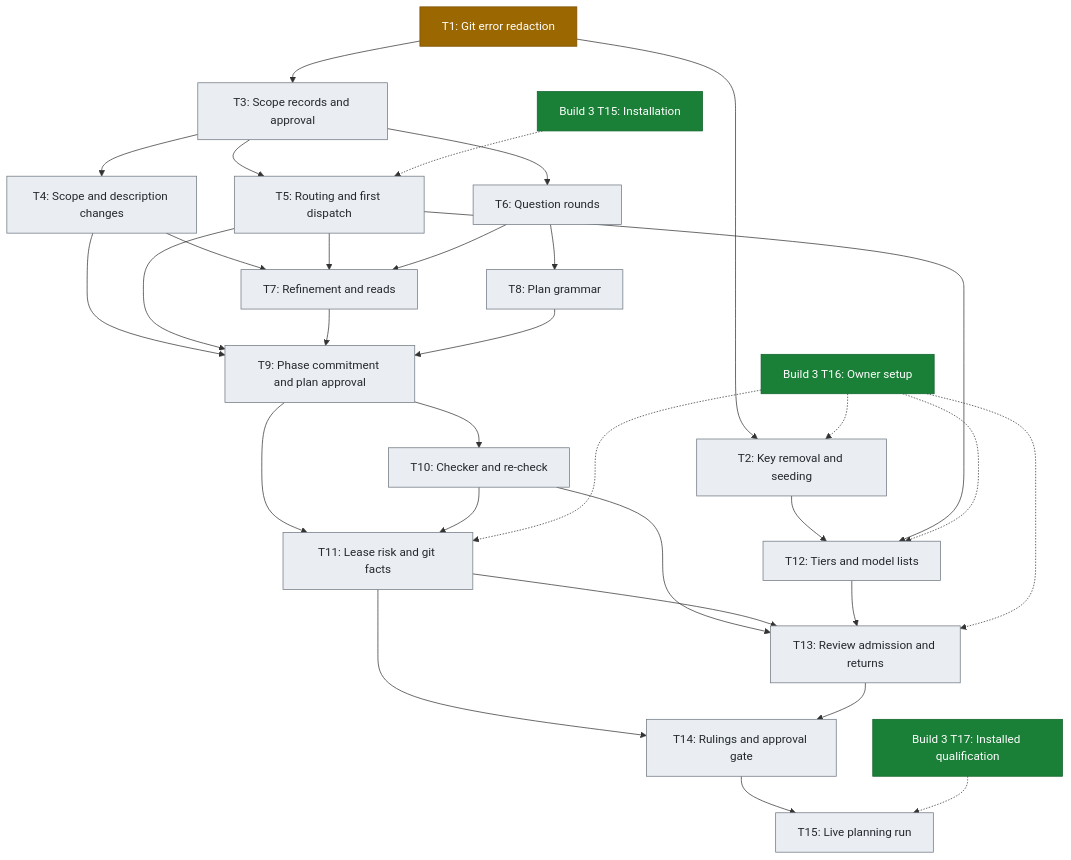
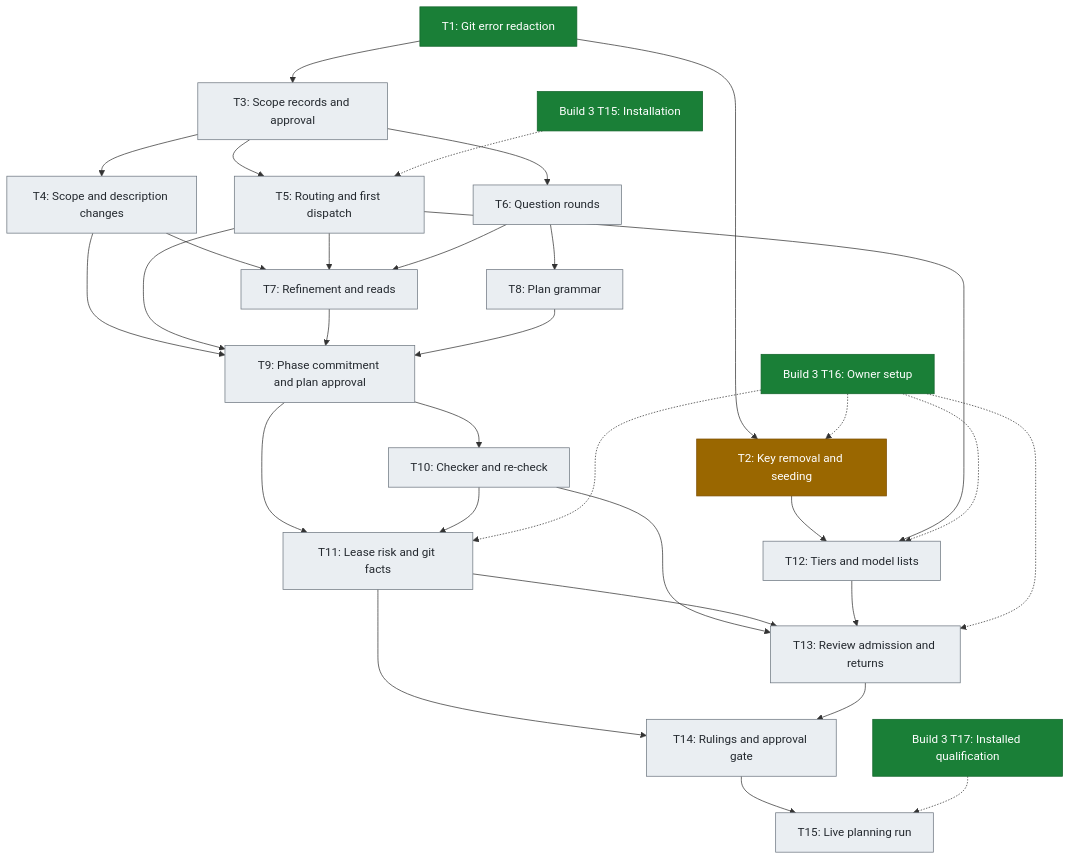
Before and after one commit to crenshawdev/baley: the fifth of 5 diagrams in docs/roadmap.md, drawn with Mermaid. The commit also changed other lines of this file, not shown here.

First line of the commit message:
docs(roadmap): show build 4 T1 merged and T2 removing the key paths

````diff
--- a/docs/roadmap.md
+++ b/docs/roadmap.md
@@ -268,59 +268,60 @@
 ```mermaid
 flowchart TD
     T1["T1: Git error redaction"]
     T2["T2: Key removal and seeding"]
     T3["T3: Scope records and approval"]
     T4["T4: Scope and description changes"]
     T5["T5: Routing and first dispatch"]
     T6["T6: Question rounds"]
     T7["T7: Refinement and reads"]
     T8["T8: Plan grammar"]
     T9["T9: Phase commitment and plan approval"]
     T10["T10: Checker and re-check"]
     T11["T11: Lease risk and git facts"]
     T12["T12: Tiers and model lists"]
     T13["T13: Review admission and returns"]
     T14["T14: Rulings and approval gate"]
     T15["T15: Live planning run"]
     B3T15["Build 3 T15: Installation"]
     B3T16["Build 3 T16: Owner setup"]
     B3T17["Build 3 T17: Installed qualification"]
 
     T1 --> T2
     T1 --> T3
     T3 --> T4
     T3 --> T5
     T3 --> T6
     T4 --> T7
     T5 --> T7
     T6 --> T7
     T6 --> T8
     T4 --> T9
     T5 --> T9
     T7 --> T9
     T8 --> T9
     T9 --> T10
     T9 --> T11
     T10 --> T11
     T2 --> T12
     T5 --> T12
     T10 --> T13
     T11 --> T13
     T12 --> T13
     T11 --> T14
     T13 --> T14
     T14 --> T15
     B3T15 -.-> T5
     B3T16 -.-> T2
     B3T16 -.-> T11
     B3T16 -.-> T12
     B3T16 -.-> T13
     B3T17 -.-> T15
 
     classDef done fill:#1a7f37,stroke:#116329,color:#ffffff
     classDef progress fill:#9a6700,stroke:#7d4e00,color:#ffffff
     classDef planned fill:#eaeef2,stroke:#6e7781,color:#24292f
     class B3T15,B3T16,B3T17 done
-    class T1 progress
-    class T2,T3,T4,T5,T6,T7,T8,T9,T10,T11,T12,T13,T14,T15 planned
+    class T1 done
+    class T2 progress
+    class T3,T4,T5,T6,T7,T8,T9,T10,T11,T12,T13,T14,T15 planned
 ```
````
